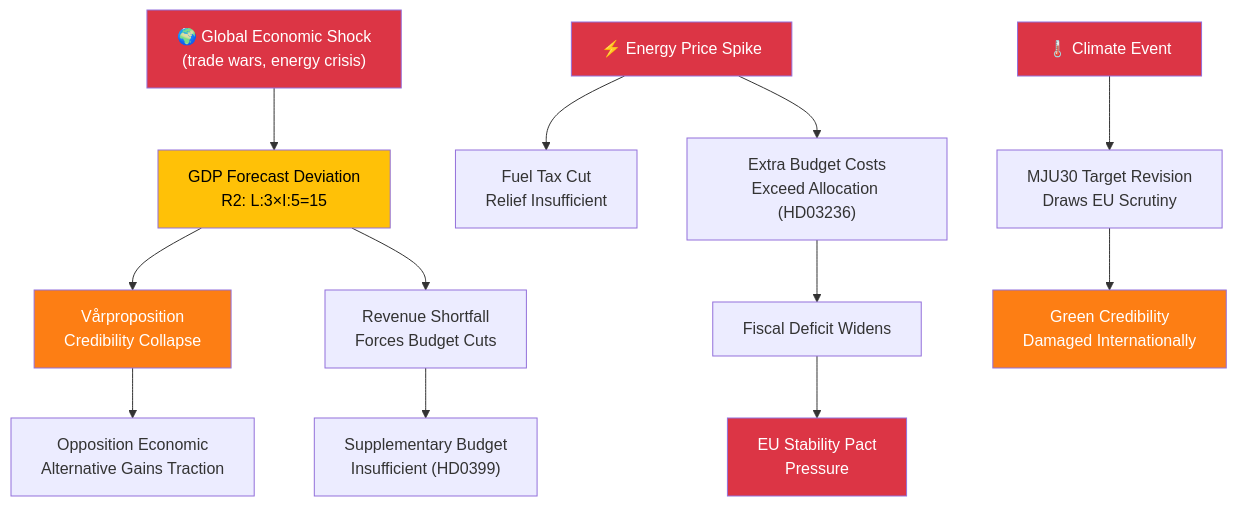
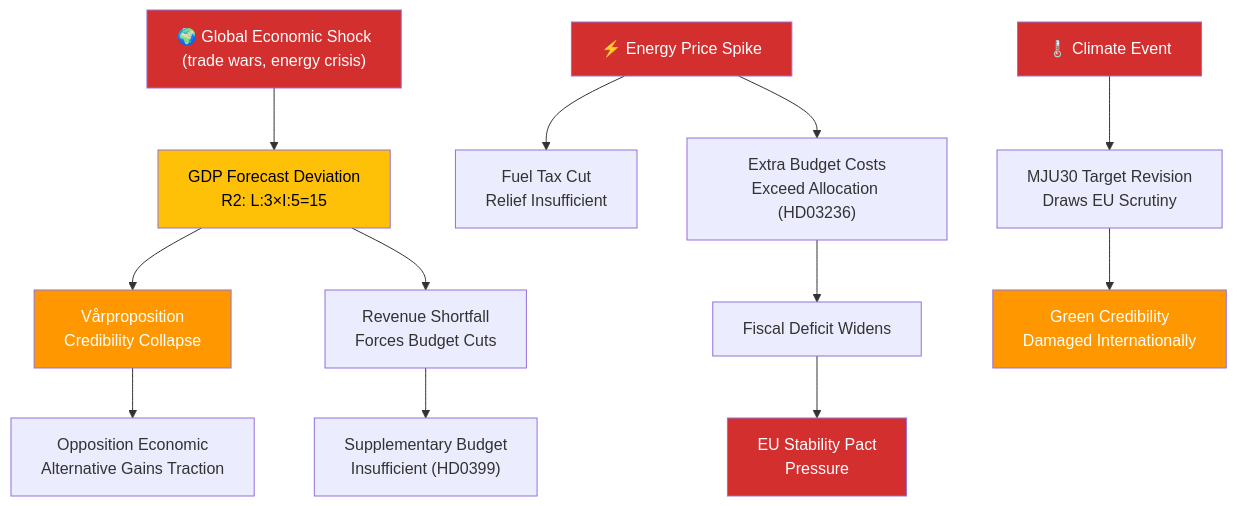
One commit to Hack23/riksdagsmonitor changed the second of 2 diagrams in analysis/daily/2026-04-13/evening-analysis/risk-assessment.md. Above: the diagram before and after it, drawn with Mermaid. The commit also changed other lines of this file and 785 other files, not shown here.

First line of the commit message:
Normalize mermaid colors across 786 analysis artifacts to ISMS Style Guide palette

````diff
--- a/analysis/daily/2026-04-13/evening-analysis/risk-assessment.md
+++ b/analysis/daily/2026-04-13/evening-analysis/risk-assessment.md
@@ -67,24 +67,24 @@
 ```mermaid
 flowchart TD
     A["🌍 Global Economic Shock<br/>(trade wars, energy crisis)"] --> B["GDP Forecast Deviation<br/>R2: L:3×I:5=15"]
     B --> C["Vårproposition<br/>Credibility Collapse"]
     B --> D["Revenue Shortfall<br/>Forces Budget Cuts"]
     D --> E["Supplementary Budget<br/>Insufficient (HD0399)"]
     C --> F["Opposition Economic<br/>Alternative Gains Traction"]
     
     G["⚡ Energy Price Spike"] --> H["Fuel Tax Cut<br/>Relief Insufficient"]
     G --> I["Extra Budget Costs<br/>Exceed Allocation (HD03236)"]
     I --> J["Fiscal Deficit Widens"]
     J --> K["EU Stability Pact<br/>Pressure"]
     
     L["🌡️ Climate Event"] --> M["MJU30 Target Revision<br/>Draws EU Scrutiny"]
     M --> N["Green Credibility<br/>Damaged Internationally"]
     
-    style A fill:#dc3545,color:#fff
-    style G fill:#dc3545,color:#fff
-    style L fill:#dc3545,color:#fff
-    style B fill:#ffc107,color:#000
-    style C fill:#fd7e14,color:#fff
-    style K fill:#dc3545,color:#fff
-    style N fill:#fd7e14,color:#fff
+    style A fill:#D32F2F,color:#FFFFFF
+    style G fill:#D32F2F,color:#FFFFFF
+    style L fill:#D32F2F,color:#FFFFFF
+    style B fill:#FFC107,color:#000000
+    style C fill:#FF9800,color:#FFFFFF
+    style K fill:#D32F2F,color:#FFFFFF
+    style N fill:#FF9800,color:#FFFFFF
 ```
````
